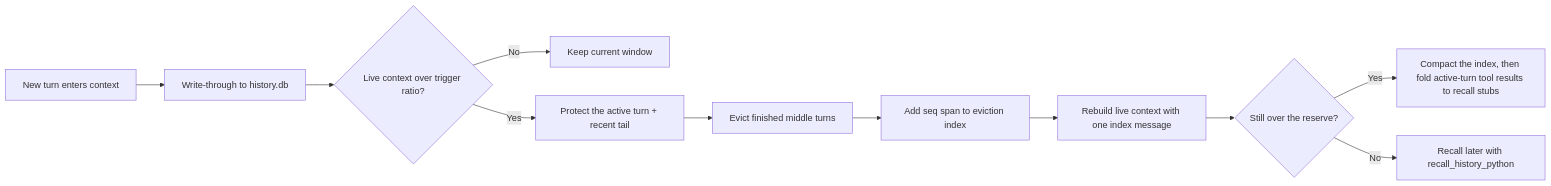
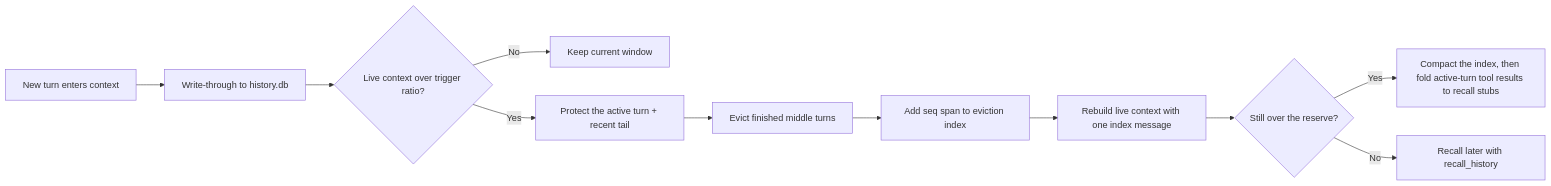
The diagram in website/public/docs/context.en.md (agentscope-ai/QwenPaw), drawn with Mermaid before and after one commit. The commit also changed other lines of this file and 15 other files, not shown here.

````diff
--- a/website/public/docs/context.en.md
+++ b/website/public/docs/context.en.md
@@ -25,13 +25,13 @@
 ```mermaid
 flowchart LR
     A[New turn enters context] --> B[Write-through to history.db]
     B --> C{Live context over trigger ratio?}
     C -->|No| D[Keep current window]
     C -->|Yes| E[Protect the active turn + recent tail]
     E --> F[Evict finished middle turns]
     F --> G[Add seq span to eviction index]
     G --> H[Rebuild live context with one index message]
     H --> I{Still over the reserve?}
     I -->|Yes| J[Compact the index, then fold active-turn tool results to recall stubs]
-    I -->|No| K[Recall later with recall_history_python]
+    I -->|No| K[Recall later with recall_history]
 ```
````
